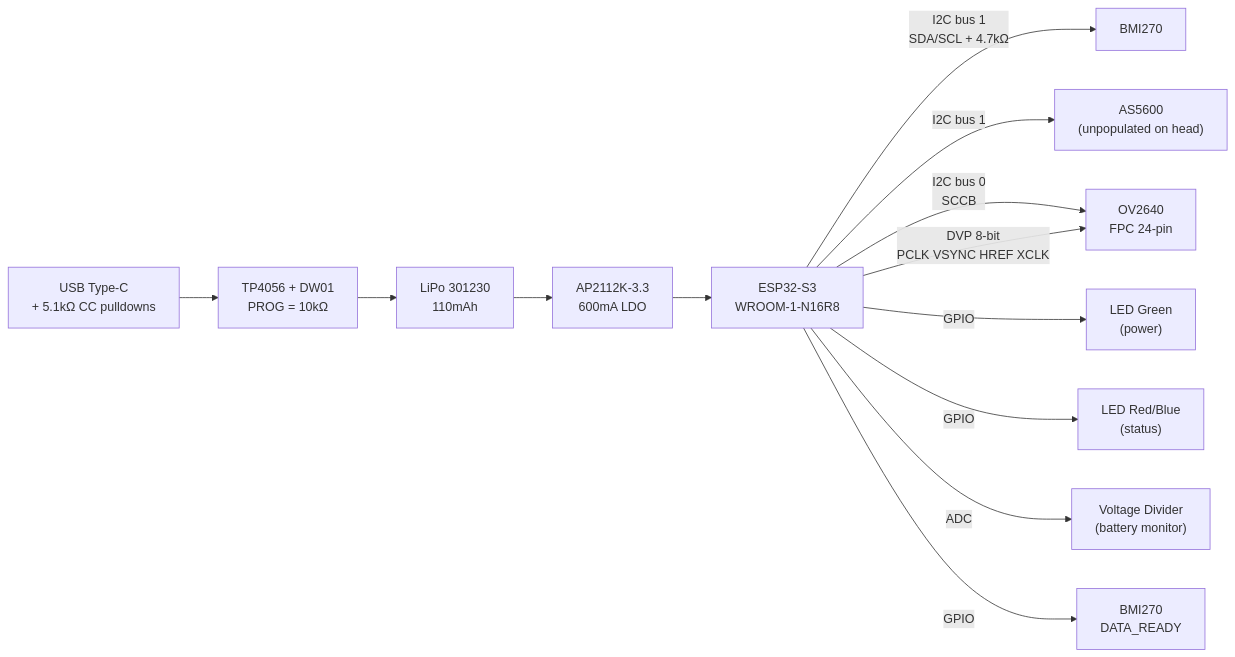
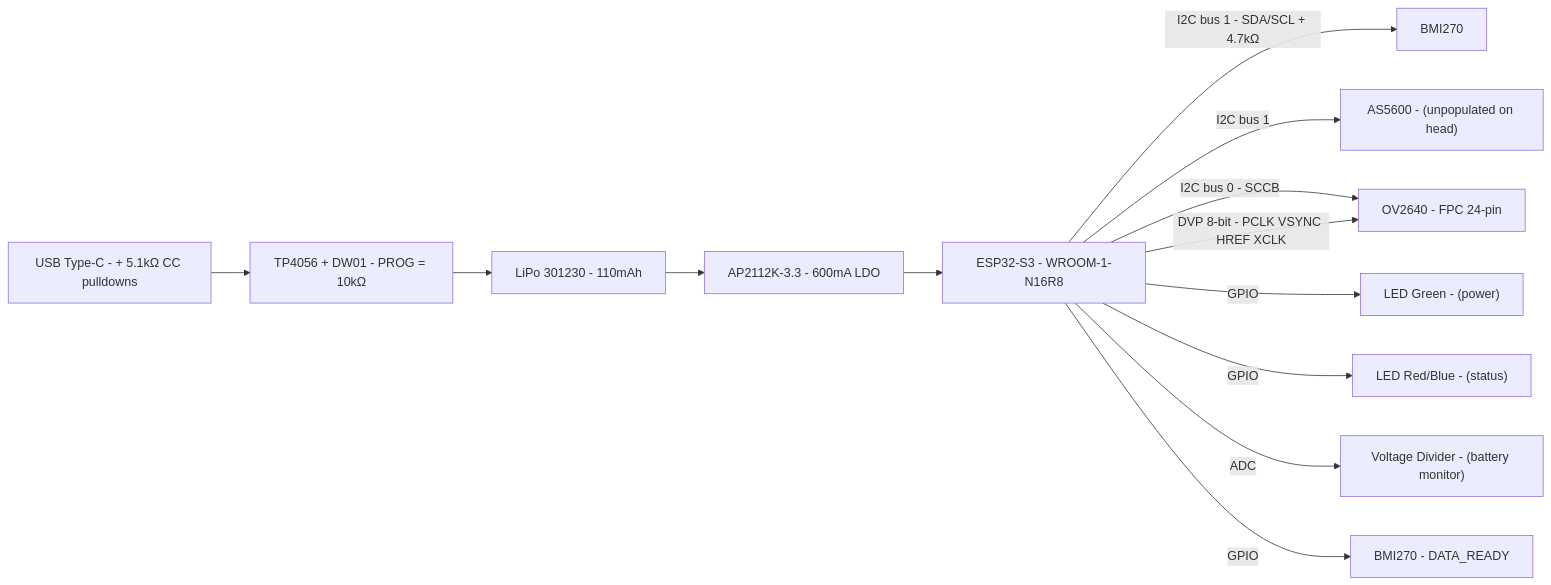
Before and after one commit to Auromix/OpenUMI: the diagram in docs/design/02-pcb-design.md, drawn with Mermaid. The commit also changed 5 other files, not shown here.

First line of the commit message:
Fix Mermaid: replace \n with single-line labels for GitHub

````diff
--- a/docs/design/02-pcb-design.md
+++ b/docs/design/02-pcb-design.md
@@ -59,16 +59,16 @@
 ```mermaid
 graph LR
-    USB["USB Type-C\n+ 5.1kΩ CC pulldowns"] --> TP["TP4056 + DW01\nPROG = 10kΩ"]
-    TP --> BAT["LiPo 301230\n110mAh"]
-    BAT --> LDO["AP2112K-3.3\n600mA LDO"]
-    LDO --> ESP["ESP32-S3\nWROOM-1-N16R8"]
+    USB["USB Type-C - + 5.1kΩ CC pulldowns"] --> TP["TP4056 + DW01 - PROG = 10kΩ"]
+    TP --> BAT["LiPo 301230 - 110mAh"]
+    BAT --> LDO["AP2112K-3.3 - 600mA LDO"]
+    LDO --> ESP["ESP32-S3 - WROOM-1-N16R8"]
 
-    ESP -- "I2C bus 1\nSDA/SCL + 4.7kΩ" --> IMU["BMI270"]
-    ESP -- "I2C bus 1" --> ENC["AS5600\n(unpopulated on head)"]
-    ESP -- "I2C bus 0\nSCCB" --> CAM["OV2640\nFPC 24-pin"]
-    ESP -- "DVP 8-bit\nPCLK VSYNC HREF XCLK" --> CAM
-    ESP -- "GPIO" --> LED1["LED Green\n(power)"]
-    ESP -- "GPIO" --> LED2["LED Red/Blue\n(status)"]
-    ESP -- "ADC" --> VDIV["Voltage Divider\n(battery monitor)"]
-    ESP -- "GPIO" --> BMI_INT["BMI270\nDATA_READY"]
+    ESP -- "I2C bus 1 - SDA/SCL + 4.7kΩ" --> IMU["BMI270"]
+    ESP -- "I2C bus 1" --> ENC["AS5600 - (unpopulated on head)"]
+    ESP -- "I2C bus 0 - SCCB" --> CAM["OV2640 - FPC 24-pin"]
+    ESP -- "DVP 8-bit - PCLK VSYNC HREF XCLK" --> CAM
+    ESP -- "GPIO" --> LED1["LED Green - (power)"]
+    ESP -- "GPIO" --> LED2["LED Red/Blue - (status)"]
+    ESP -- "ADC" --> VDIV["Voltage Divider - (battery monitor)"]
+    ESP -- "GPIO" --> BMI_INT["BMI270 - DATA_READY"]
 ```
````
